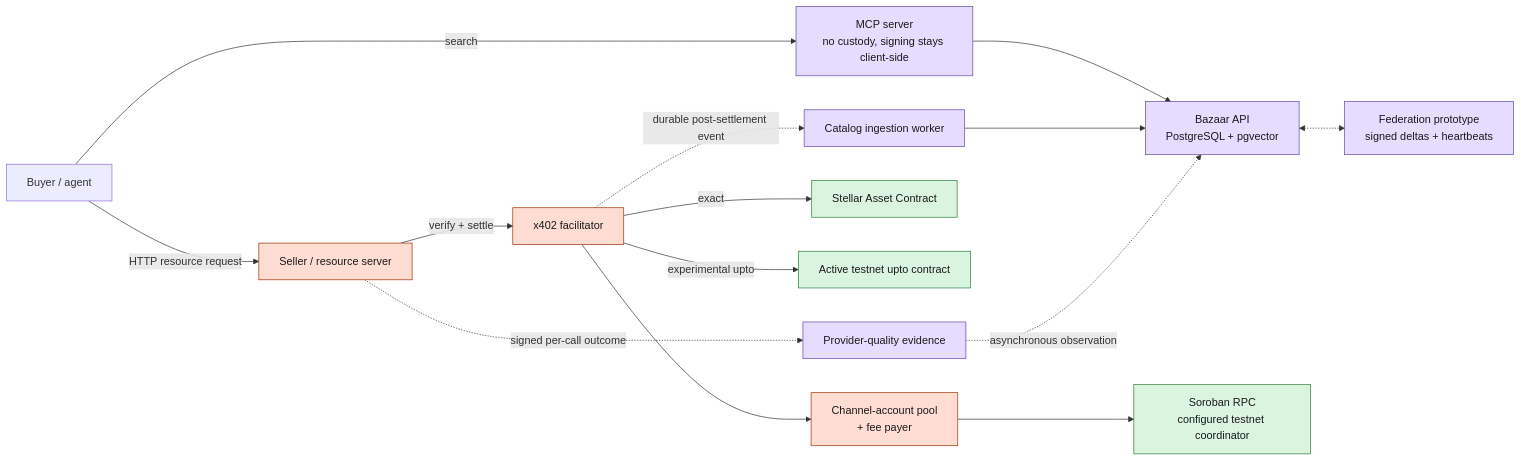
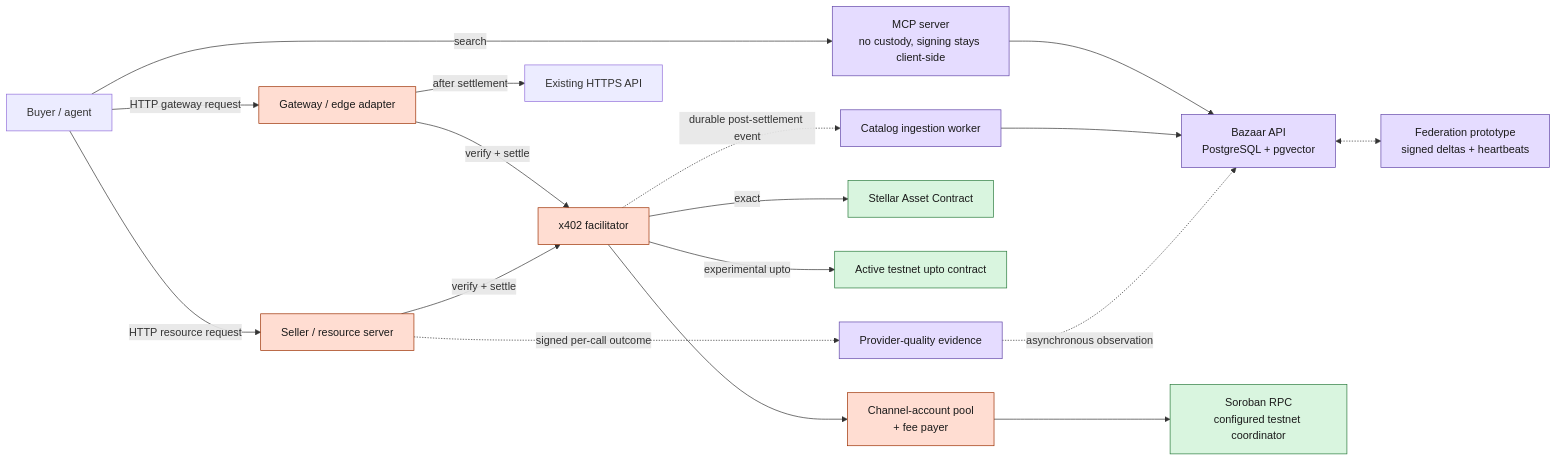
The first of 7 diagrams in docs/architecture.md (Veridex-Protocol/stellar-facilitator), drawn with Mermaid before and after one commit. The commit also changed other lines of this file and 27 other files, not shown here.

Commit message:
Update architecture version in documentation from 3.1 to 3.2

````diff
--- a/docs/architecture.md
+++ b/docs/architecture.md
@@ -129,24 +130,27 @@
 ```mermaid
 flowchart LR
     A["Buyer / agent"] -->|"search"| M["MCP server<br/>no custody, signing stays client-side"]
     M --> D["Bazaar API<br/>PostgreSQL + pgvector"]
     D <-.-> P["Federation prototype<br/>signed deltas + heartbeats"]
 
     A -->|"HTTP resource request"| R["Seller / resource server"]
+    A -->|"HTTP gateway request"| G["Gateway / edge adapter"]
+    G -->|"verify + settle"| F
+    G -->|"after settlement"| API["Existing HTTPS API"]
     R -->|"verify + settle"| F["x402 facilitator"]
     F --> C["Channel-account pool<br/>+ fee payer"]
     C --> X["Soroban RPC<br/>configured testnet coordinator"]
     F -->|"exact"| SAC["Stellar Asset Contract"]
     F -->|"experimental upto"| U["Active testnet upto contract"]
     F -.->|"durable post-settlement event"| I["Catalog ingestion worker"]
     I --> D
     R -.->|"signed per-call outcome"| O["Provider-quality evidence"]
     O -.->|"asynchronous observation"| D
 
     classDef payment fill:#ffddd2,stroke:#9c2f00,color:#1a1a1a;
     classDef discovery fill:#e5dcff,stroke:#6246a8,color:#1a1a1a;
     classDef chain fill:#d9f5df,stroke:#287a3b,color:#1a1a1a;
-    class F,C,R payment;
+    class F,C,R,G payment;
     class D,P,I,M,O discovery;
     class X,SAC,U chain;
 ```
````
